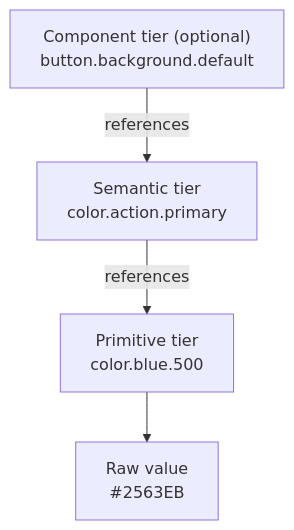
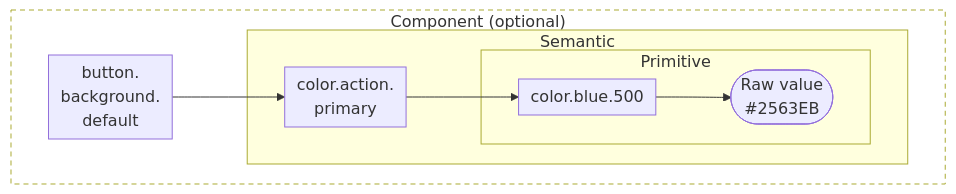
The diagram in src/content/docs/token-architecture.md (F4cu/design-systems-101), drawn with Mermaid before and after one commit. The commit also changed other lines of this file and 1 other file, not shown here.

Commit message:
Add nested token-tier and effort-to-risk quadrant diagrams
Token Architecture now shows the tiers as nested boxes, sized for phones.
Scaling AI Effort to Risk gets a danger-vs-effort quadrant chart. Both use
the site's Mermaid theme so they switch with light and dark mode.

````diff
--- a/src/content/docs/token-architecture.md
+++ b/src/content/docs/token-architecture.md
@@ -25,6 +27,21 @@
 ```mermaid
-graph TD
-  C["Component tier (optional)<br/>button.background.default"] -->|references| S["Semantic tier<br/>color.action.primary"]
-  S -->|references| P["Primitive tier<br/>color.blue.500"]
-  P --> V["Raw value<br/>#2563EB"]
+---
+config:
+  flowchart:
+    padding: 6
+    nodeSpacing: 20
+---
+flowchart TD
+  subgraph C["Component (optional)"]
+    CT["button.<br/>background.<br/>default"]
+    subgraph S["Semantic"]
+      ST["color.action.<br/>primary"]
+      subgraph P["Primitive"]
+        PT["color.blue.500"]
+        V(["Raw value<br/>#2563EB"])
+      end
+    end
+  end
+  CT --> ST --> PT --> V
+  style C fill:transparent,stroke-dasharray:5 4
 ```
````
